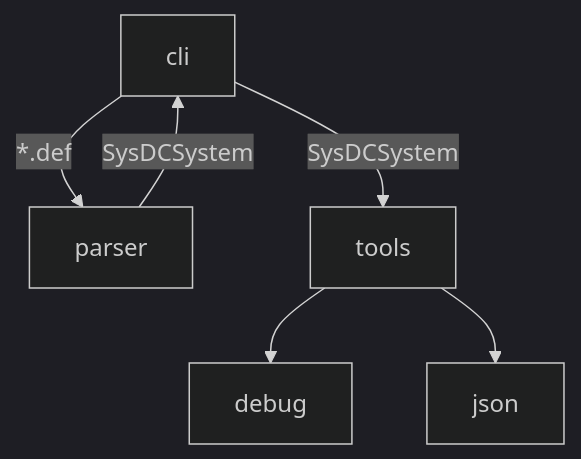
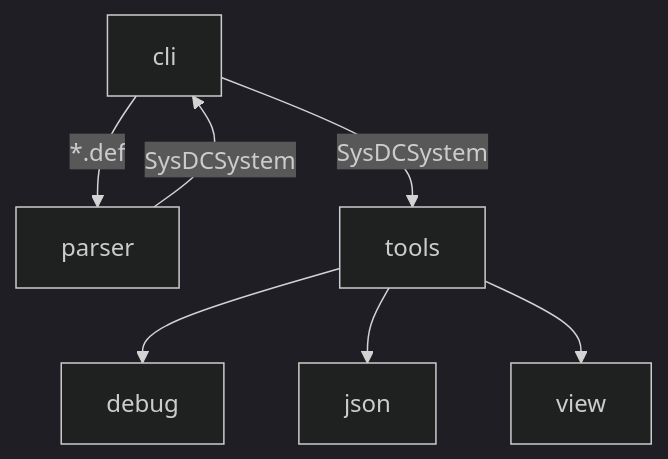
Before and after one commit to Yuta1004/SysDC: the diagram in README.md, drawn with Mermaid (dark theme). The commit also changed 3 other files, not shown here.

````diff
--- a/README.md
+++ b/README.md
@@ -23,8 +23,9 @@
 ```mermaid
 flowchart TB
     cli--*.def-->parser
     parser--SysDCSystem-->cli
     cli--SysDCSystem-->tools
     tools-->debug
     tools-->json
+    tools-->view
 ```
````
